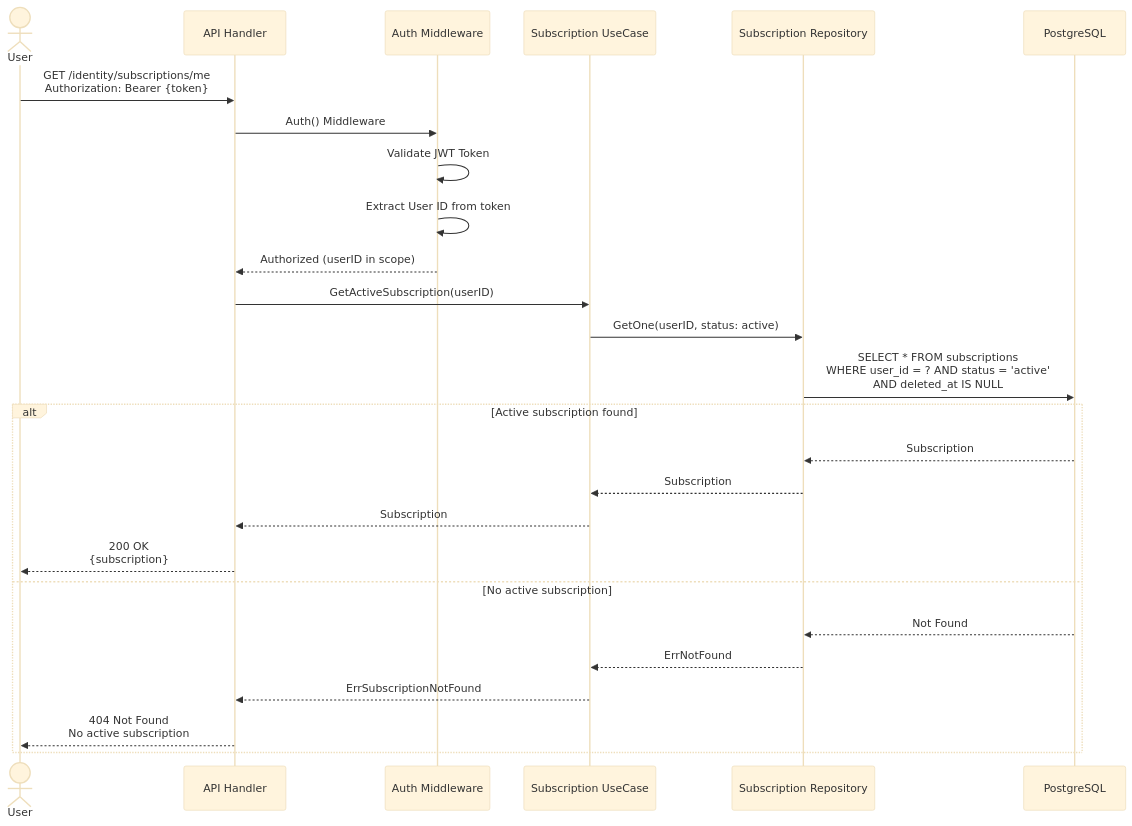
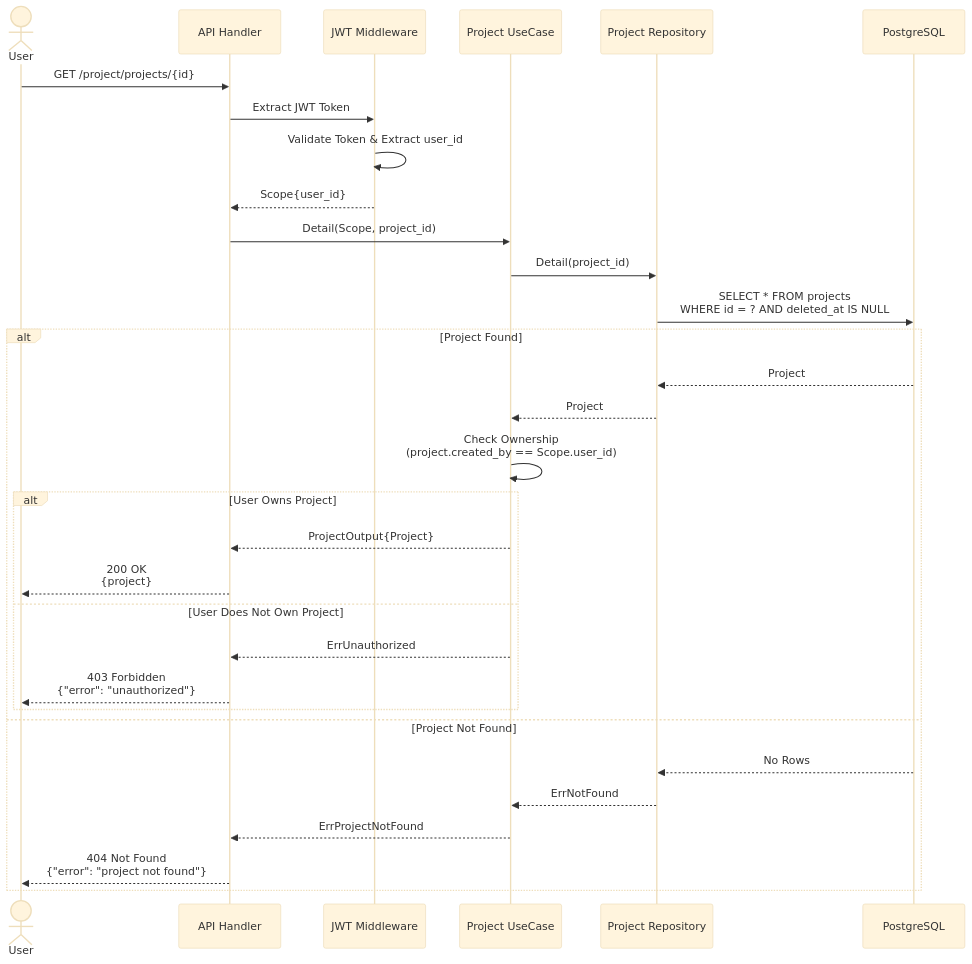
The second of 6 diagrams in project/document/api.md (smap-hcmut/identity-srv), drawn with Mermaid (base theme) before and after one commit. The commit also changed other lines of this file and 33 other files, not shown here.

````diff
--- a/project/document/api.md
+++ b/project/document/api.md
@@ -548,32 +67,39 @@
 ```mermaid
 sequenceDiagram
     actor User
     participant API as API Handler
-    participant MW as Auth Middleware
-    participant SubUC as Subscription UseCase
-    participant SubRepo as Subscription Repository
+    participant MW as JWT Middleware
+    participant ProjUC as Project UseCase
+    participant ProjRepo as Project Repository
     participant DB as PostgreSQL
 
-    User->>API: GET /identity/subscriptions/me<br/>Authorization: Bearer {token}
-    API->>MW: Auth() Middleware
-    MW->>MW: Validate JWT Token
-    MW->>MW: Extract User ID from token
-    MW-->>API: Authorized (userID in scope)
-    
-    API->>SubUC: GetActiveSubscription(userID)
-    
-    SubUC->>SubRepo: GetOne(userID, status: active)
-    SubRepo->>DB: SELECT * FROM subscriptions<br/>WHERE user_id = ? AND status = 'active'<br/>AND deleted_at IS NULL
-    
-    alt Active subscription found
-        DB-->>SubRepo: Subscription
-        SubRepo-->>SubUC: Subscription
-        SubUC-->>API: Subscription
-        API-->>User: 200 OK<br/>{subscription}
-    else No active subscription
-        DB-->>SubRepo: Not Found
-        SubRepo-->>SubUC: ErrNotFound
-        SubUC-->>API: ErrSubscriptionNotFound
-        API-->>User: 404 Not Found<br/>No active subscription
+    User->>API: GET /project/projects/{id}
+    API->>MW: Extract JWT Token
+    MW->>MW: Validate Token & Extract user_id
+    MW-->>API: Scope{user_id}
+
+    API->>ProjUC: Detail(Scope, project_id)
+
+    ProjUC->>ProjRepo: Detail(project_id)
+    ProjRepo->>DB: SELECT * FROM projects<br/>WHERE id = ? AND deleted_at IS NULL
+
+    alt Project Found
+        DB-->>ProjRepo: Project
+        ProjRepo-->>ProjUC: Project
+
+        ProjUC->>ProjUC: Check Ownership<br/>(project.created_by == Scope.user_id)
+
+        alt User Owns Project
+            ProjUC-->>API: ProjectOutput{Project}
+            API-->>User: 200 OK<br/>{project}
+        else User Does Not Own Project
+            ProjUC-->>API: ErrUnauthorized
+            API-->>User: 403 Forbidden<br/>{"error": "unauthorized"}
+        end
+    else Project Not Found
+        DB-->>ProjRepo: No Rows
+        ProjRepo-->>ProjUC: ErrNotFound
+        ProjUC-->>API: ErrProjectNotFound
+        API-->>User: 404 Not Found<br/>{"error": "project not found"}
     end
 ```
````
